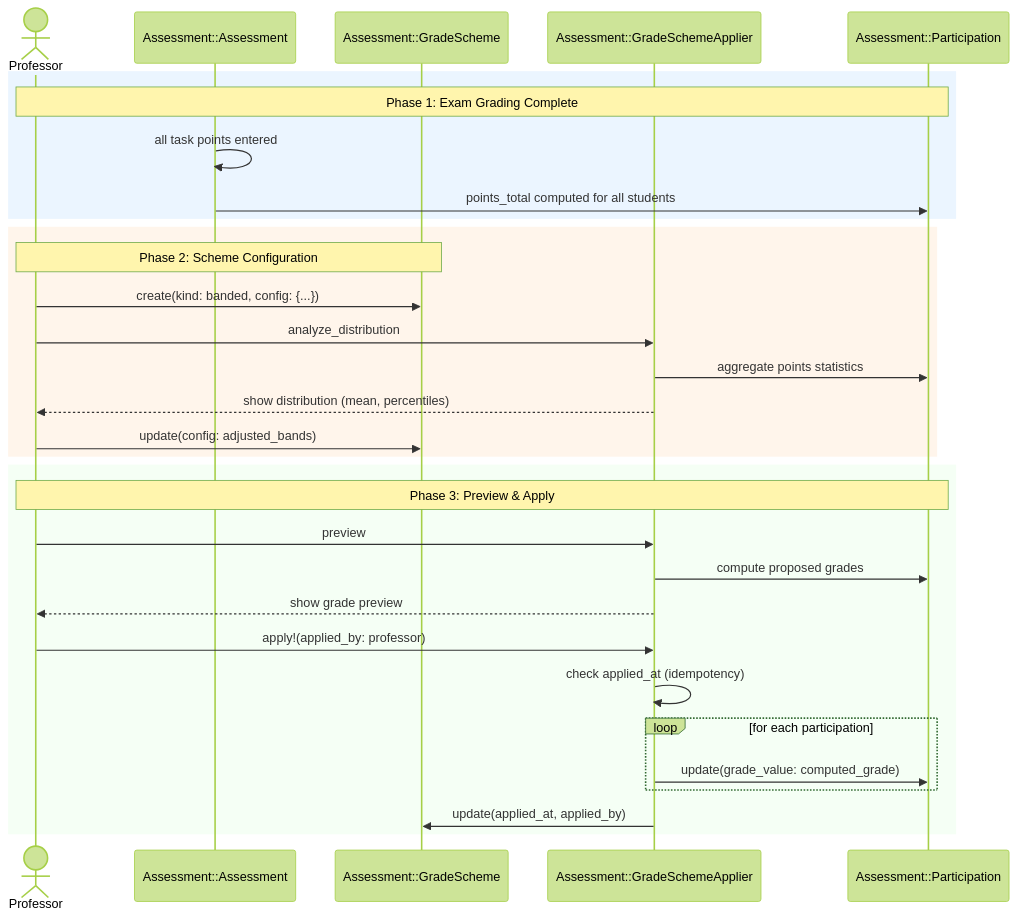
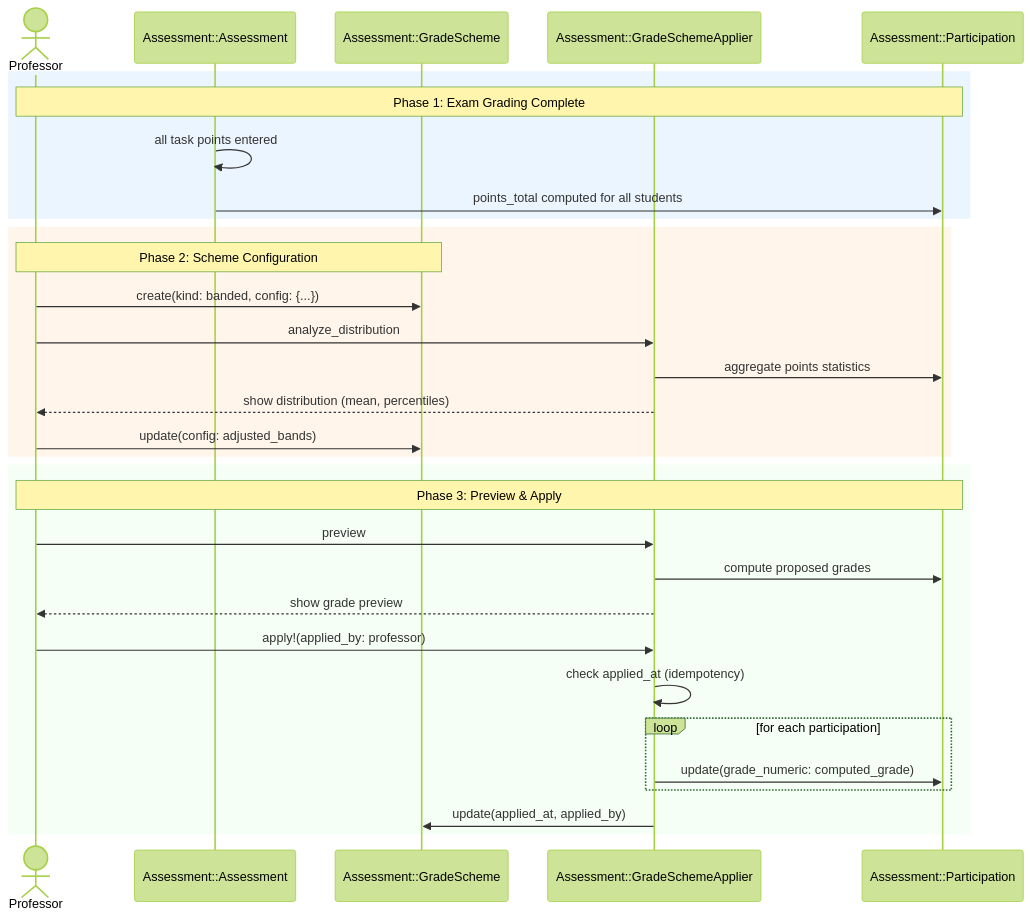
One commit to MaMpf-HD/mampf changed the fifth of 5 diagrams in architecture/src/features/05b-grading-schemes.md. Above: the diagram before and after it, drawn with Mermaid (forest theme). The commit also changed other lines of this file and 6 other files, not shown here.

Commit message:
Refactor grading system to replace `grade_value` with `grade_numeric` and `grade_text` across assessments and grading documentation

````diff
--- a/architecture/src/features/05b-grading-schemes.md
+++ b/architecture/src/features/05b-grading-schemes.md
@@ -826,36 +843,36 @@
 ```mermaid
 sequenceDiagram
     actor Professor
     participant Assessment as Assessment::Assessment
     participant Scheme as Assessment::GradeScheme
     participant Applier as Assessment::GradeSchemeApplier
     participant Participation as Assessment::Participation
 
     rect rgb(235, 245, 255)
     note over Professor,Participation: Phase 1: Exam Grading Complete
     Assessment->>Assessment: all task points entered
     Assessment->>Participation: points_total computed for all students
     end
 
     rect rgb(255, 245, 235)
     note over Professor,Scheme: Phase 2: Scheme Configuration
     Professor->>Scheme: create(kind: banded, config: {...})
     Professor->>Applier: analyze_distribution
     Applier->>Participation: aggregate points statistics
     Applier-->>Professor: show distribution (mean, percentiles)
     Professor->>Scheme: update(config: adjusted_bands)
     end
 
     rect rgb(245, 255, 245)
     note over Professor,Participation: Phase 3: Preview & Apply
     Professor->>Applier: preview
     Applier->>Participation: compute proposed grades
     Applier-->>Professor: show grade preview
     Professor->>Applier: apply!(applied_by: professor)
     Applier->>Applier: check applied_at (idempotency)
     loop for each participation
-        Applier->>Participation: update(grade_value: computed_grade)
+        Applier->>Participation: update(grade_numeric: computed_grade)
     end
     Applier->>Scheme: update(applied_at, applied_by)
     end
 ```
````
